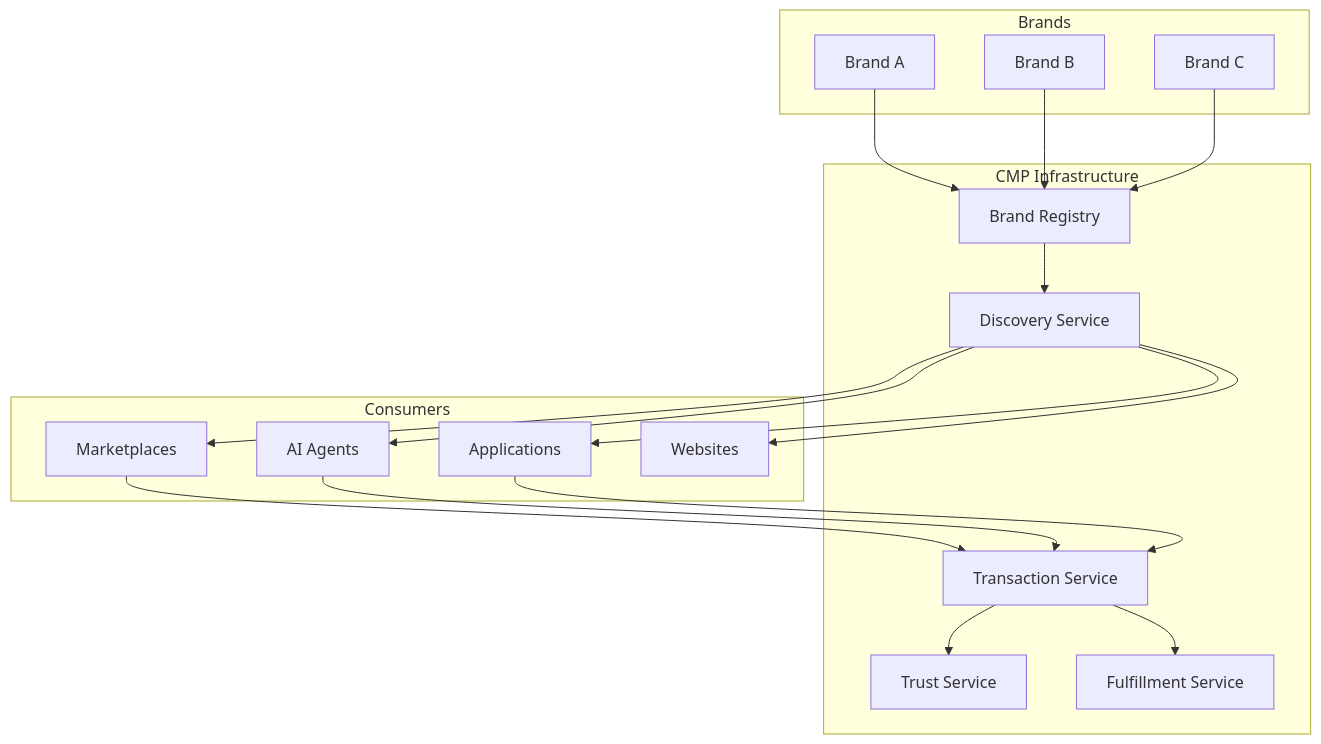
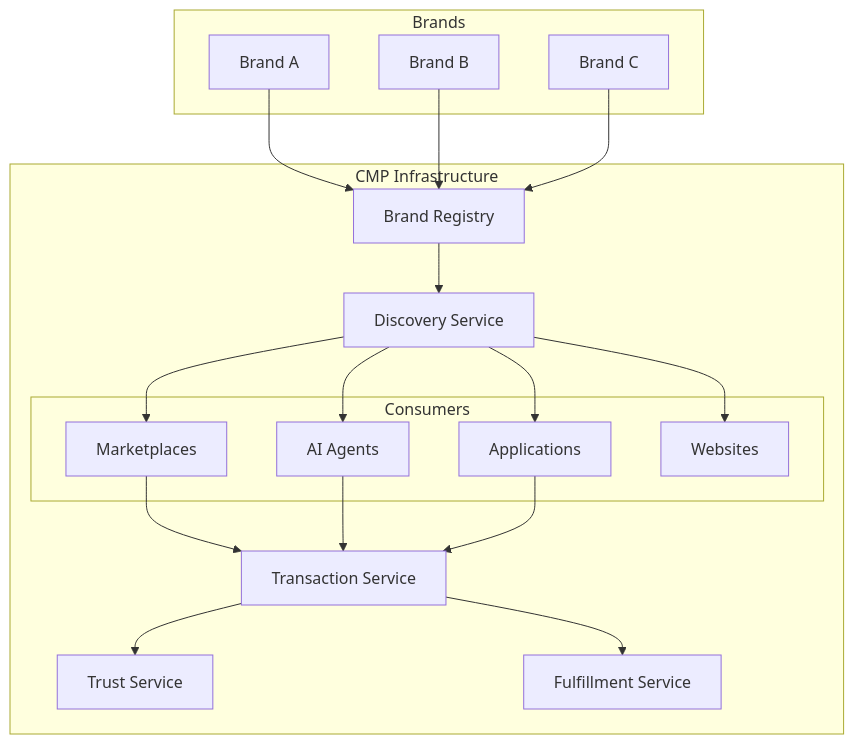
Before and after one commit to commercemesh/site: the diagram in docs/architecture/overview.md, drawn with Mermaid. The commit also changed 10 other files, not shown here.

````diff
--- a/docs/architecture/overview.md
+++ b/docs/architecture/overview.md
@@ -38,40 +38,41 @@
 ```mermaid
 graph TB
     subgraph "Brands"
         B1[Brand A]
         B2[Brand B]
         B3[Brand C]
     end
     
     subgraph "CMP Infrastructure"
         BR[Brand Registry]
         DS[Discovery Service]
         TS[Transaction Service]
         TR[Trust Service]
         FS[Fulfillment Service]
+          subgraph "Consumers"
+            MP[Marketplaces]
+            AI[AI Agents]
+            APP[Applications]
+            WEB[Websites]
+        end
     end
     
-    subgraph "Consumers"
-        MP[Marketplaces]
-        AI[AI Agents]
-        APP[Applications]
-        WEB[Websites]
-    end
+  
     
     B1 --> BR
     B2 --> BR
     B3 --> BR
     
     BR --> DS
     DS --> MP
     DS --> AI
     DS --> APP
     DS --> WEB
     
     MP --> TS
     AI --> TS
     APP --> TS
     
     TS --> TR
     TS --> FS
 ```
````
